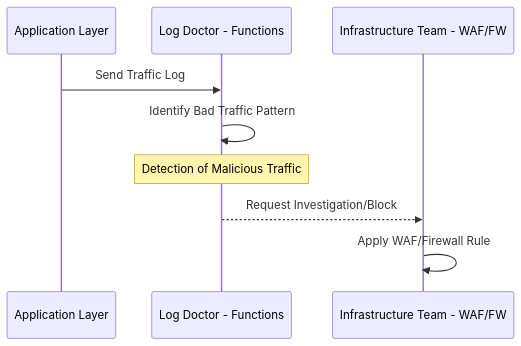
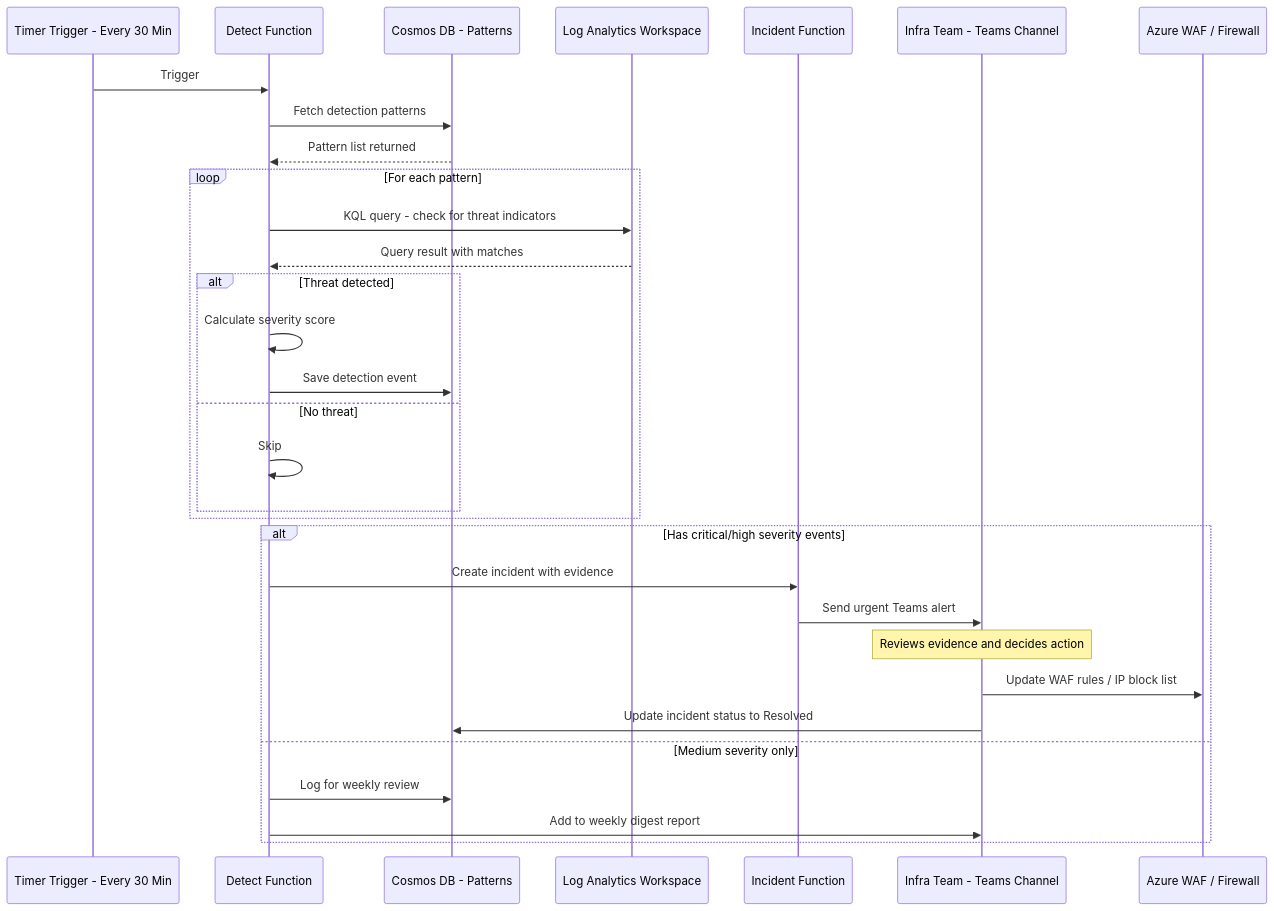
Before and after one commit to chjcmy/study: diagram 13 of 21 in azure/projects/log-doctor-plan.md, drawn with Mermaid. The commit also changed other lines of this file and 1 other file, not shown here.

````diff
--- a/azure/projects/log-doctor-plan.md
+++ b/azure/projects/log-doctor-plan.md
@@ -240,12 +537,37 @@
 ```mermaid
 sequenceDiagram
-    participant App as Application Layer
-    participant Fn as Log Doctor - Functions
-    participant Infra as Infrastructure Team - WAF/FW
+    participant Timer as Timer Trigger - Every 30 Min
+    participant Fn as Detect Function
+    participant DB as Cosmos DB - Patterns
+    participant LAW as Log Analytics Workspace
+    participant Incident as Incident Function
+    participant Infra as Infra Team - Teams Channel
+    participant WAF as Azure WAF / Firewall
 
-    App->>Fn: Send Traffic Log
-    Fn->>Fn: Identify Bad Traffic Pattern
-    Note over Fn: Detection of Malicious Traffic
-    Fn-->>Infra: Request Investigation/Block
-    Infra->>Infra: Apply WAF/Firewall Rule
+    Timer->>Fn: Trigger
+    Fn->>DB: Fetch detection patterns
+    DB-->>Fn: Pattern list returned
+
+    loop For each pattern
+        Fn->>LAW: KQL query - check for threat indicators
+        LAW-->>Fn: Query result with matches
+
+        alt Threat detected
+            Fn->>Fn: Calculate severity score
+            Fn->>DB: Save detection event
+        else No threat
+            Fn->>Fn: Skip
+        end
+    end
+
+    alt Has critical/high severity events
+        Fn->>Incident: Create incident with evidence
+        Incident->>Infra: Send urgent Teams alert
+        Note over Infra: Reviews evidence and decides action
+        Infra->>WAF: Update WAF rules / IP block list
+        Infra->>DB: Update incident status to Resolved
+    else Medium severity only
+        Fn->>DB: Log for weekly review
+        Fn->>Infra: Add to weekly digest report
+    end
 ```
````
